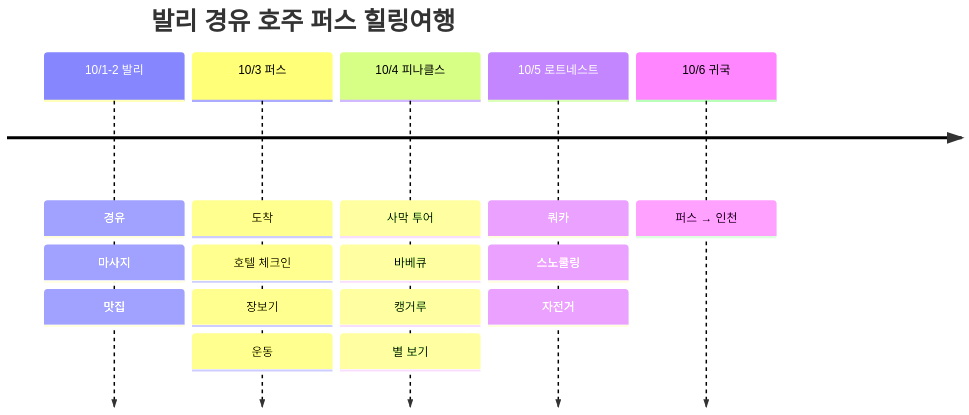
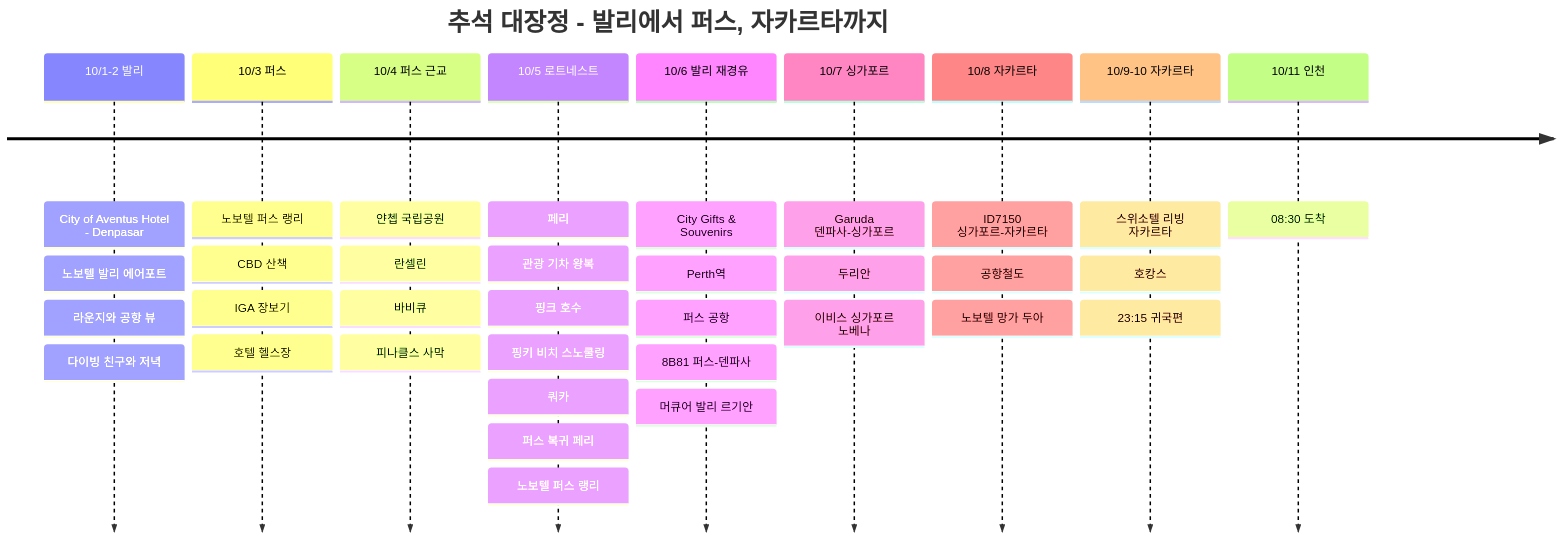
One commit to gongdongho12/commit-map changed the diagram in src/content/posts/2025-10-01-bali-perth.md. Above: the diagram before and after it, drawn with Mermaid. The commit also changed other lines of this file and 1 other file, not shown here.

````diff
--- a/src/content/posts/2025-10-01-bali-perth.md
+++ b/src/content/posts/2025-10-01-bali-perth.md
@@ -218,19 +646,38 @@
 ```mermaid
 timeline
-  title 발리 경유 호주 퍼스 힐링여행
-  10/1-2 발리 : 경유
-              : 마사지
-              : 맛집
-  10/3 퍼스 : 도착
-              : 호텔 체크인
-              : 장보기
-              : 운동
-  10/4 피나클스 : 사막 투어
-              : 바베큐
-              : 캥거루
-              : 별 보기
-  10/5 로트네스트 : 쿼카
-              : 스노쿨링
-              : 자전거
-  10/6 귀국 : 퍼스 → 인천
+  title 추석 대장정 - 발리에서 퍼스, 자카르타까지
+  10/1-2 발리 : City of Aventus Hotel - Denpasar
+              : 노보텔 발리 에어포트
+              : 라운지와 공항 뷰
+              : 다이빙 친구와 저녁
+  10/3 퍼스 : 노보텔 퍼스 랭리
+              : CBD 산책
+              : IGA 장보기
+              : 호텔 헬스장
+  10/4 퍼스 근교 : 얀쳅 국립공원
+              : 란셀린
+              : 바비큐
+              : 피나클스 사막
+  10/5 로트네스트 : 페리
+              : 관광 기차 왕복
+              : 핑크 호수
+              : 핑키 비치 스노쿨링
+              : 쿼카
+              : 퍼스 복귀 페리
+              : 노보텔 퍼스 랭리
+  10/6 발리 재경유 : City Gifts & Souvenirs
+              : Perth역
+              : 퍼스 공항
+              : 8B81 퍼스-덴파사
+              : 머큐어 발리 르기안
+  10/7 싱가포르 : Garuda 덴파사-싱가포르
+              : 두리안
+              : 이비스 싱가포르 노베나
+  10/8 자카르타 : ID7150 싱가포르-자카르타
+              : 공항철도
+              : 노보텔 망가 두아
+  10/9-10 자카르타 : 스위소텔 리빙 자카르타
+              : 호캉스
+              : 23:15 귀국편
+  10/11 인천 : 08:30 도착
 ```
````
